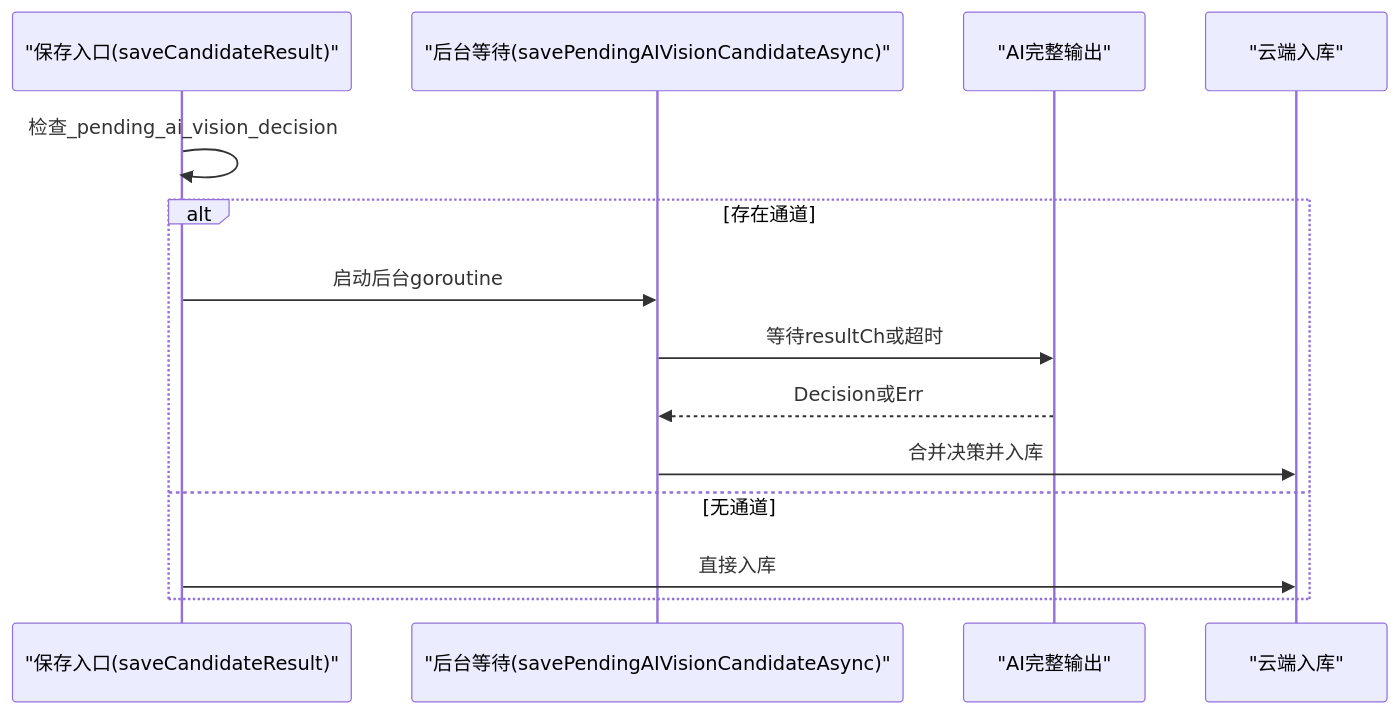
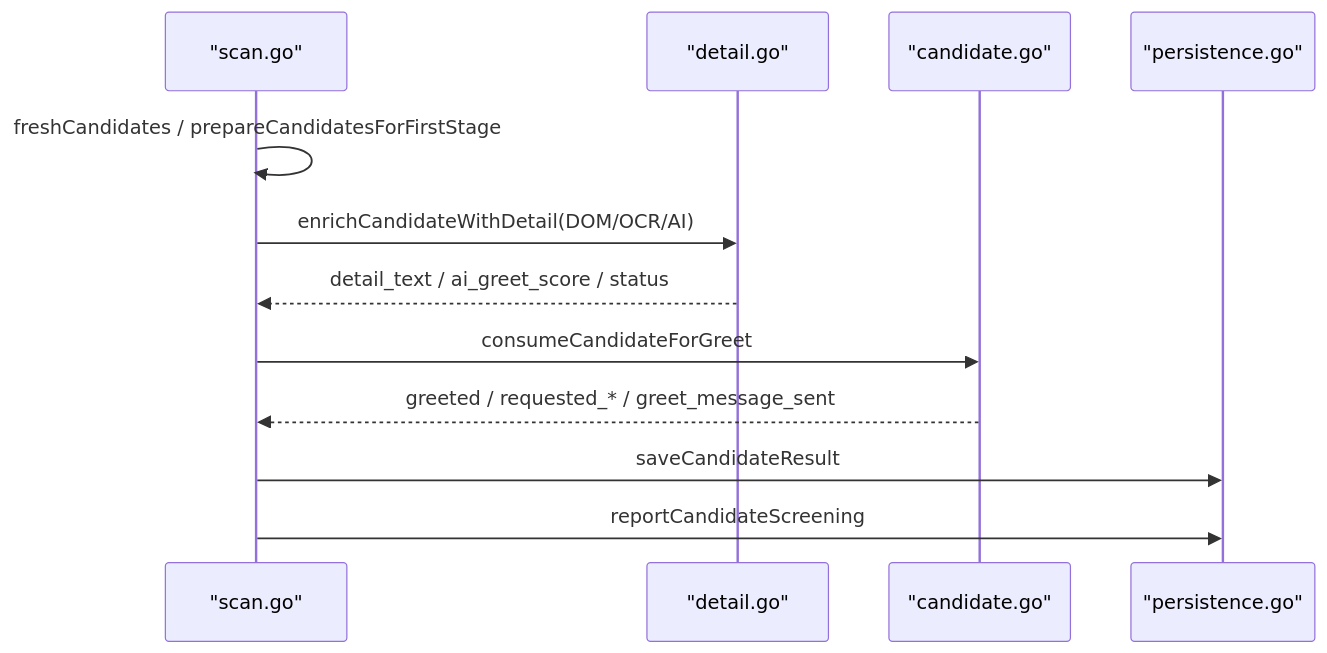
The sixth of 8 diagrams in .qoder/repowiki/zh/content/本地执行器/任务调度/执行管道.md (alvinwangzi/goodhr), drawn with Mermaid before and after one commit. The commit also changed other lines of this file and 149 other files, not shown here.

````diff
--- a/.qoder/repowiki/zh/content/本地执行器/任务调度/执行管道.md
+++ b/.qoder/repowiki/zh/content/本地执行器/任务调度/执行管道.md
@@ -215,16 +255,14 @@
 ```mermaid
 sequenceDiagram
-participant Save as "保存入口(saveCandidateResult)"
-participant Async as "后台等待(savePendingAIVisionCandidateAsync)"
-participant AI as "AI完整输出"
-participant DB as "云端入库"
-Save->>Save : 检查_pending_ai_vision_decision
-alt 存在通道
-Save->>Async : 启动后台goroutine
-Async->>AI : 等待resultCh或超时
-AI-->>Async : Decision或Err
-Async->>DB : 合并决策并入库
-else 无通道
-Save->>DB : 直接入库
-end
+participant S as "scan.go"
+participant D as "detail.go"
+participant C as "candidate.go"
+participant PS as "persistence.go"
+S->>S : freshCandidates / prepareCandidatesForFirstStage
+S->>D : enrichCandidateWithDetail(DOM/OCR/AI)
+D-->>S : detail_text / ai_greet_score / status
+S->>C : consumeCandidateForGreet
+C-->>S : greeted / requested_* / greet_message_sent
+S->>PS : saveCandidateResult
+S->>PS : reportCandidateScreening
 ```
````
